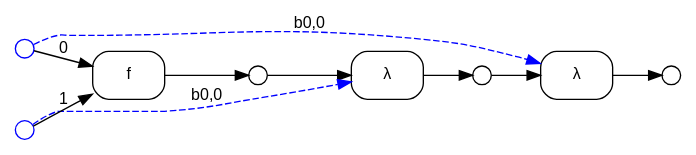
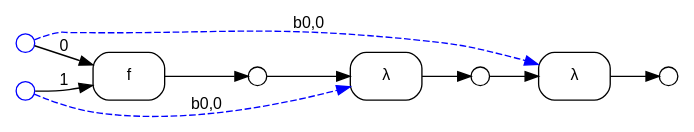
Before and after one commit to ammatsui/bhypvis: the diagram in example_curried.dot, drawn with Graphviz. The commit also changed other lines of this file and 304 other files, not shown here.

```diff
--- a/example_curried.dot
+++ b/example_curried.dot
@@ -1,32 +1,32 @@
 digraph G {
   fontname="Helvetica"
   fontsize=12
   rankdir=LR;
   node [fontname="Helvetica", fontsize=12];
   edge [fontname="Helvetica", fontsize=12];
 
   // Nodes
+  n4 [label="", shape=circle, style=filled, fillcolor=white, color="black", width=0.2, height=0.2, fixedsize=true];
   n2 [label="", shape=circle, style=filled, fillcolor=white, color="black", width=0.2, height=0.2, fixedsize=true];
+  n3 [label="", shape=circle, style=filled, fillcolor=white, color="black", width=0.2, height=0.2, fixedsize=true];
+  n0 [label="", shape=circle, style=filled, fillcolor=white, color="blue", width=0.2, height=0.2, fixedsize=true];
   n1 [label="", shape=circle, style=filled, fillcolor=white, color="blue", width=0.2, height=0.2, fixedsize=true];
-  n0 [label="", shape=circle, style=filled, fillcolor=white, color="blue", width=0.2, height=0.2, fixedsize=true];
-  n3 [label="", shape=circle, style=filled, fillcolor=white, color="black", width=0.2, height=0.2, fixedsize=true];
-  n4 [label="", shape=circle, style=filled, fillcolor=white, color="black", width=0.2, height=0.2, fixedsize=true];
 
   // Hyperedges
-  e1 [label="λ", shape=box, style=rounded, color="black"];
   e2 [label="λ", shape=box, style=rounded, color="black"];
   e0 [label="f", shape=box, style=rounded, color="black"];
+  e1 [label="λ", shape=box, style=rounded, color="black"];
 
   // Source connections
-  n2 -> e1 [label=""];
-  n1 -> e1 [style=dashed, color="blue", constraint=false, label="b0,0"];
   n3 -> e2 [label=""];
   n0 -> e2 [style=dashed, color="blue", constraint=false, label="b0,0"];
   n0 -> e0 [label="0"];
   n1 -> e0 [label="1"];
+  n2 -> e1 [label=""];
+  n1 -> e1 [style=dashed, color="blue", constraint=false, label="b0,0"];
 
   // Target connections
-  e1 -> n3 [label=""];
   e2 -> n4 [label=""];
   e0 -> n2 [label=""];
+  e1 -> n3 [label=""];
 }
```
